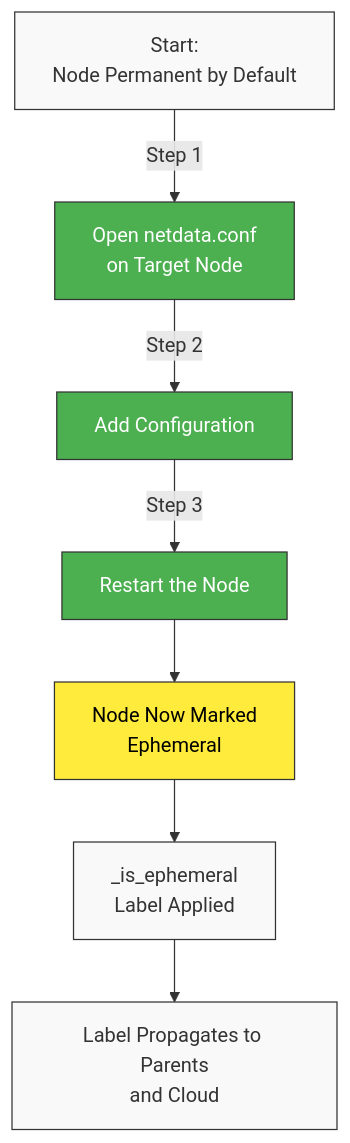
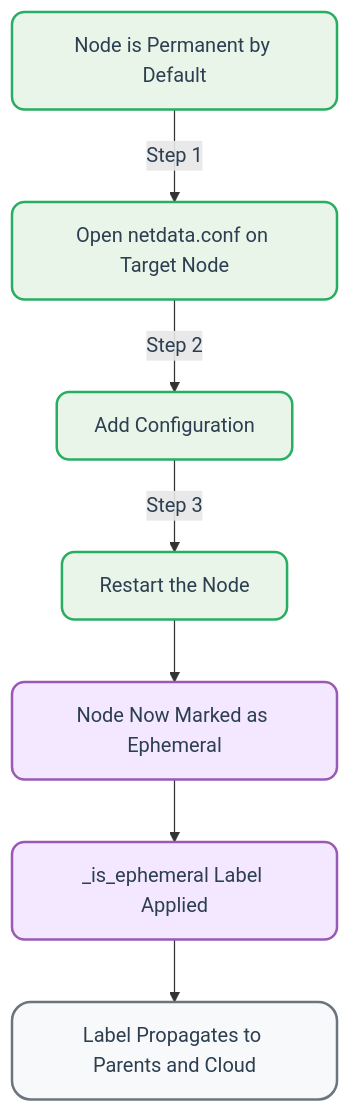
Before and after one commit to netdata/netdata: the first of 4 diagrams in docs/nodes-ephemerality.md, drawn with Mermaid. The commit also changed other lines of this file and 7 other files, not shown here.

````diff
--- a/docs/nodes-ephemerality.md
+++ b/docs/nodes-ephemerality.md
@@ -26,17 +43,17 @@
 ```mermaid
 flowchart TD
-    A[Start:<br> Node Permanent by Default] -->|Step 1| B[Open netdata.conf<br> on Target Node]
-    B -->|Step 2| C["Add Configuration"]
+    A[Node is Permanent by Default] -->|Step 1| B[Open netdata.conf on Target Node]
+    B -->|Step 2| C[Add Configuration]
     C -->|Step 3| D[Restart the Node]
-    D --> E[Node Now Marked<br>Ephemeral]
-    E --> F[_is_ephemeral<br>Label Applied]
-    F --> G[Label Propagates to Parents<br>and Cloud]
-    
-    style A fill:#f9f9f9,stroke:#333,stroke-width:1px,color:#333
-    style B fill:#4caf50,stroke:#333,stroke-width:1px,color:white
-    style C fill:#4caf50,stroke:#333,stroke-width:1px,color:white
-    style D fill:#4caf50,stroke:#333,stroke-width:1px,color:white
-    style E fill:#ffeb3b,stroke:#333,stroke-width:1px,color:black
-    style F fill:#f9f9f9,stroke:#333,stroke-width:1px,color:#333
-    style G fill:#f9f9f9,stroke:#333,stroke-width:1px,color:#333
+    D --> E[Node Now Marked as Ephemeral]
+    E --> F[_is_ephemeral Label Applied]
+    F --> G[Label Propagates to Parents and Cloud]
+
+    classDef step fill:#e8f5e8,stroke:#27ae60,stroke-width:2px,color:#2c3e50,rx:10,ry:10
+    classDef label fill:#f3e8ff,stroke:#9b59b6,stroke-width:2px,color:#2c3e50,rx:10,ry:10
+    classDef subgraphStyle fill:#f8f9fa,stroke:#6c757d,stroke-width:2px,color:#2c3e50,rx:15,ry:15
+
+    class A,B,C,D step
+    class E,F label
+    class G subgraphStyle
 ```
````
